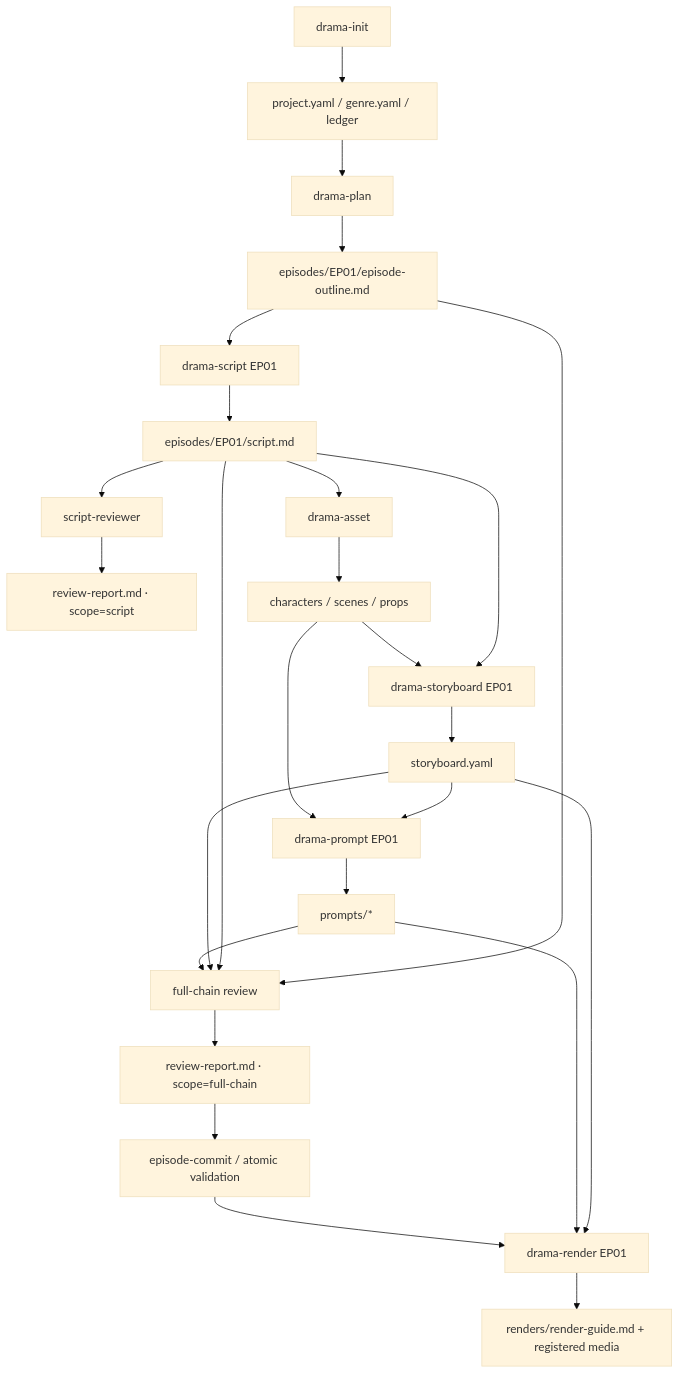
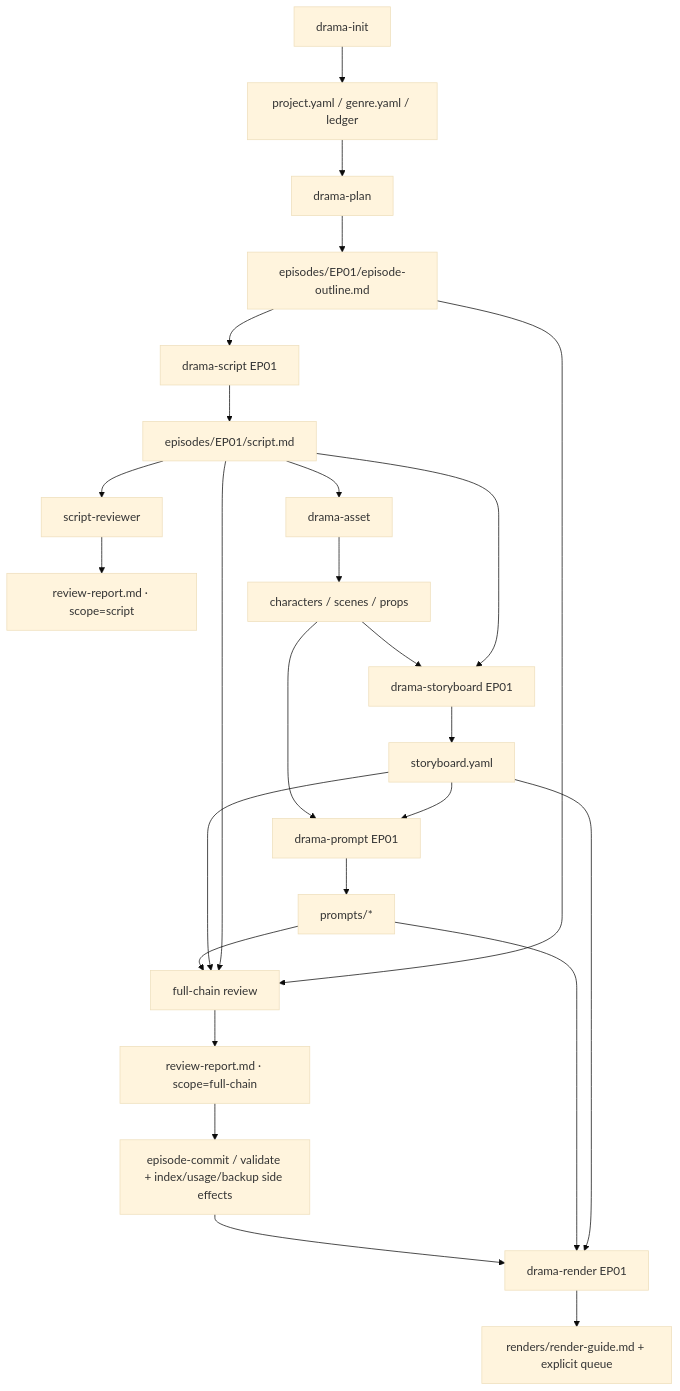
The second of 9 diagrams in docs/design/story-workspace/design_009_drama-forge-first-episode-storyline-storyboard-workbench.md (glide-the/im-dream), drawn with Mermaid (base theme) before and after one commit. The commit also changed other lines of this file and 3 other files, not shown here.

````diff
--- a/docs/design/story-workspace/design_009_drama-forge-first-episode-storyline-storyboard-workbench.md
+++ b/docs/design/story-workspace/design_009_drama-forge-first-episode-storyline-storyboard-workbench.md
@@ -56,28 +72,28 @@
 ```mermaid
 flowchart TB
     Init["drama-init"] --> Project["project.yaml / genre.yaml / ledger"]
     Project --> Plan["drama-plan"]
     Plan --> Outline["episodes/EP01/episode-outline.md"]
     Outline --> ScriptCmd["drama-script EP01"]
     ScriptCmd --> Script["episodes/EP01/script.md"]
     Script --> ScriptReview["script-reviewer"]
     ScriptReview --> Review["review-report.md · scope=script"]
     Script --> AssetCmd["drama-asset"]
     AssetCmd --> Assets["characters / scenes / props"]
     Script --> StoryboardCmd["drama-storyboard EP01"]
     Assets --> StoryboardCmd
     StoryboardCmd --> Storyboard["storyboard.yaml"]
     Storyboard --> PromptCmd["drama-prompt EP01"]
     Assets --> PromptCmd
     PromptCmd --> Prompts["prompts/*"]
     Outline --> FullReview["full-chain review"]
     Script --> FullReview
     Storyboard --> FullReview
     Prompts --> FullReview
     FullReview --> Review2["review-report.md · scope=full-chain"]
-    Review2 --> Commit["episode-commit / atomic validation"]
+    Review2 --> Commit["episode-commit / validate + index/usage/backup side effects"]
     Storyboard --> RenderCmd["drama-render EP01"]
     Prompts --> RenderCmd
     Commit --> RenderCmd
-    RenderCmd --> Renders["renders/render-guide.md + registered media"]
+    RenderCmd --> Renders["renders/render-guide.md + explicit queue"]
 ```
````
